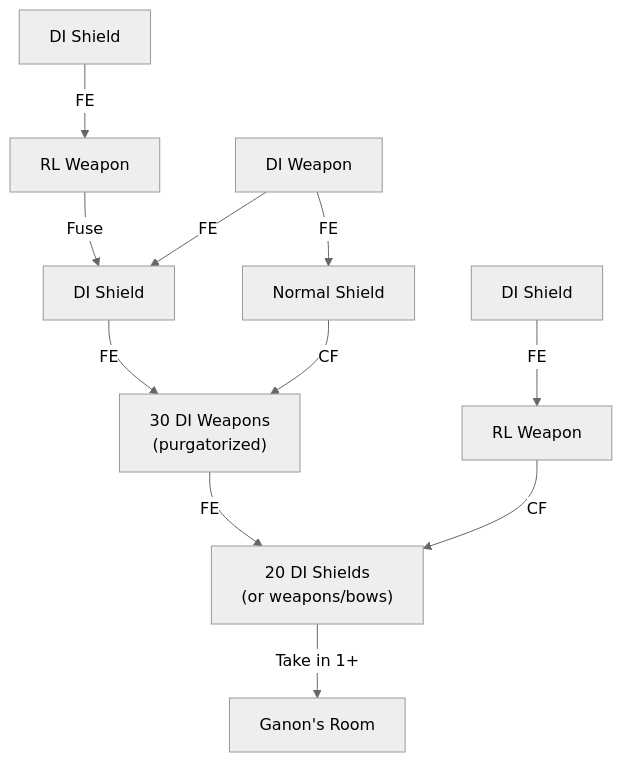
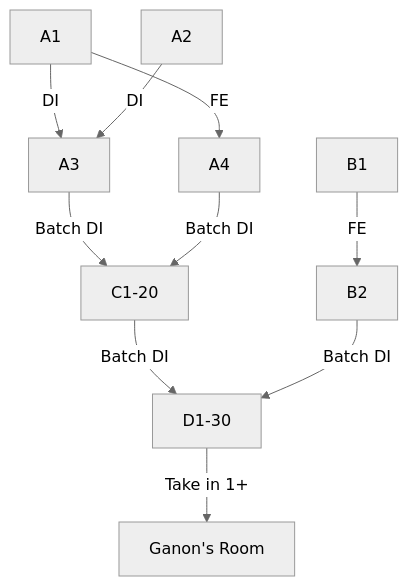
One commit to BKMzero/ultrabroken-documentation changed the third of 5 diagrams in docs/wiki/_wip/sfo-nesting-test.md. Above: the diagram before and after it, drawn with Mermaid (neutral theme). The commit also changed other lines of this file, not shown here.

````diff
--- a/docs/wiki/_wip/sfo-nesting-test.md
+++ b/docs/wiki/_wip/sfo-nesting-test.md
@@ -239,13 +248,12 @@
-            ```mermaid
+           ```mermaid
             graph TD
-                B[DI Shield] -->|FE| F[RL Weapon]
-                E[DI Shield] -->|FE| G[RL Weapon]
-                F -->|Fuse| H[DI Shield]
-                C[DI Weapon] -->|FE| H
-                C -->|FE| D[Normal Shield]
-                H -->|FE| I["30 DI Weapons<br/>(purgatorized)"]
-                D -->|CF| I
-                I -->|FE| J["20 DI Shields<br/>(or weapons/bows)"]
-                G -->|CF| J
-                J -->|Take in 1+| K[Ganon's Room]
+                A[B1] -->|FE| B[B2]
+                C[A1] -->|DI| D[A3]
+                E[A2] -->|DI| D
+                C --> |FE| F[A4]
+                D --> |Batch DI| G["C1-20"]
+                F --> |Batch DI| G
+                G --> |Batch DI| H["D1-30"]
+                B --> |Batch DI| H
+                H -->|Take in 1+| I[Ganon's Room]
             ```
````
